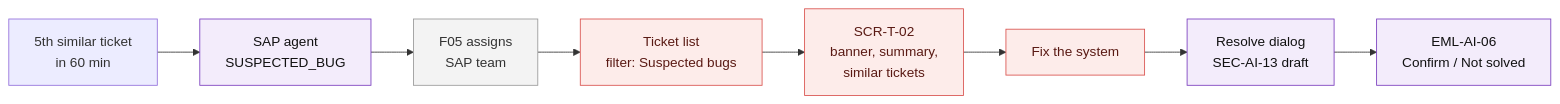
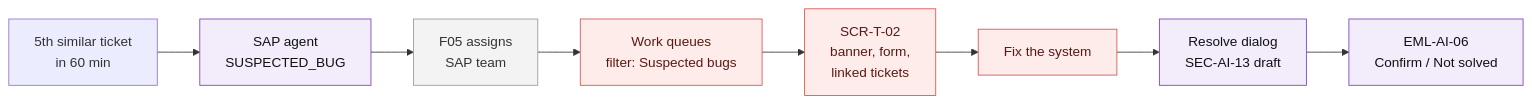
The fifth of 7 diagrams in docs/f04-ai-ticket-processing/information-architecture/02-user-flows.md (Akaza-ban/Fable), drawn with Mermaid before and after one commit. The commit also changed other lines of this file and 9 other files, not shown here.

First line of the commit message:
docs(F04): re-scope to processing after the new mind map (F05 routes, F04 processes)

````diff
--- a/docs/f04-ai-ticket-processing/information-architecture/02-user-flows.md
+++ b/docs/f04-ai-ticket-processing/information-architecture/02-user-flows.md
@@ -93,17 +129,17 @@
 ```mermaid
 flowchart LR
     a["5th similar ticket<br/>in 60 min"] --> b["SAP agent<br/>SUSPECTED_BUG"]
     b --> c["F05 assigns<br/>SAP team"]
-    c --> d["Ticket list<br/>filter: Suspected bugs"]
-    d --> e["SCR-T-02<br/>banner, summary,<br/>similar tickets"]
+    c --> d["Work queues<br/>filter: Suspected bugs"]
+    d --> e["SCR-T-02<br/>banner, form,<br/>linked tickets"]
     e --> f["Fix the system"]
     f --> g["Resolve dialog<br/>SEC-AI-13 draft"]
     g --> h["EML-AI-06<br/>Confirm / Not solved"]
 
     classDef f04 fill:#f3ecfb,color:#111,stroke:#7b3fbf
     classDef other fill:#f3f3f3,color:#333,stroke:#999
     classDef human fill:#fdecea,color:#5a1a14,stroke:#d9534f
     class b,g,h f04
     class c other
     class d,e,f human
 ```
````
